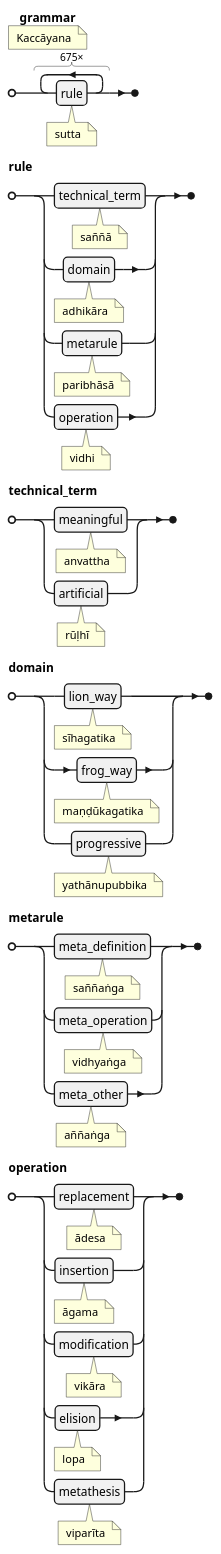
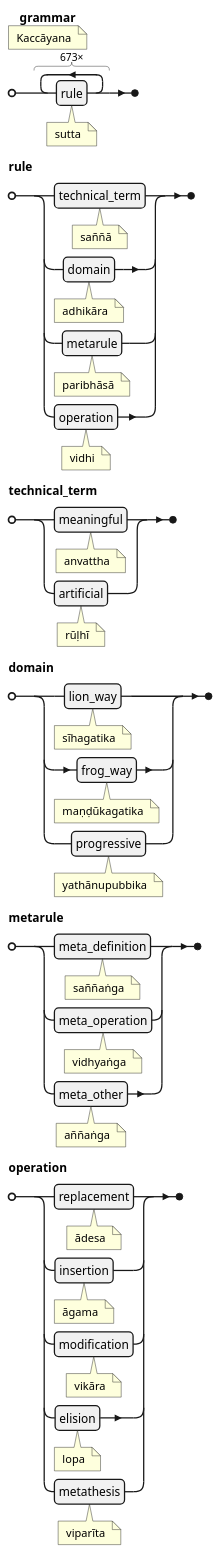
One commit to ChristineTham/buddhavacana changed the second of 11 diagrams in src/content/docs/Pali Textbook/m-kaccayana.md. Above: the diagram before and after it, drawn with PlantUML. The commit also changed other lines of this file and 52 other files, not shown here.

````diff
--- a/src/content/docs/Pali Textbook/m-kaccayana.md
+++ b/src/content/docs/Pali Textbook/m-kaccayana.md
@@ -82,27 +82,27 @@
 ```plantuml
 @startebnf
-grammar (* Kaccāyana *) = 675 * rule (* sutta *);
+grammar (* Kaccāyana *) = 673 * rule (* sutta *);
 rule =
   technical_term (* saññā *) |
   domain (* adhikāra *) |
   metarule (* paribhāsā *) |
   operation (* vidhi *) ;
 technical_term =
   meaningful (* anvattha *) |
   artificial (* rūḷhī *) ;
 domain =
   lion_way (* sīhagatika *) |
   frog_way (* maṇḍūkagatika *) |
   progressive (* yathānupubbika *) ;
 metarule =
   meta_definition (* saññaṅga *) |
   meta_operation (* vidhyaṅga *) |
   meta_other (* aññaṅga *) ;
 operation =
   replacement (* ādesa *) |
   insertion (* āgama *) |
   modification (* vikāra *) |
   elision (* lopa *) |
   metathesis (* viparīta *) ;
 @endebnf
 ```
````
